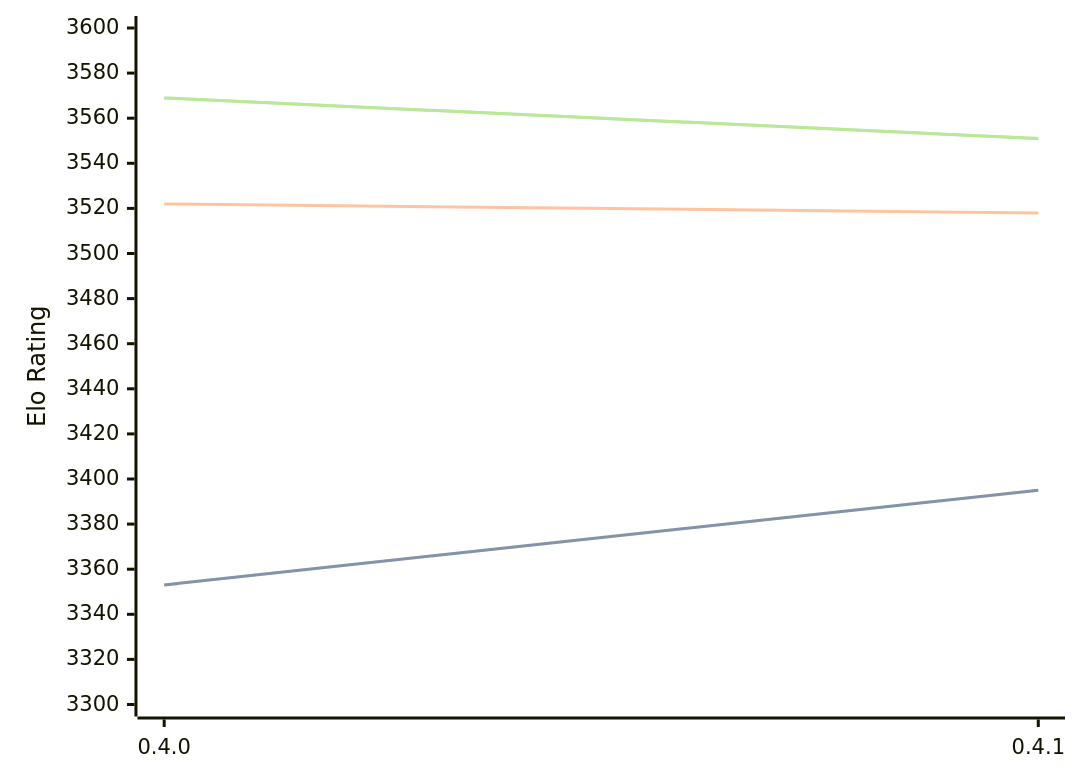
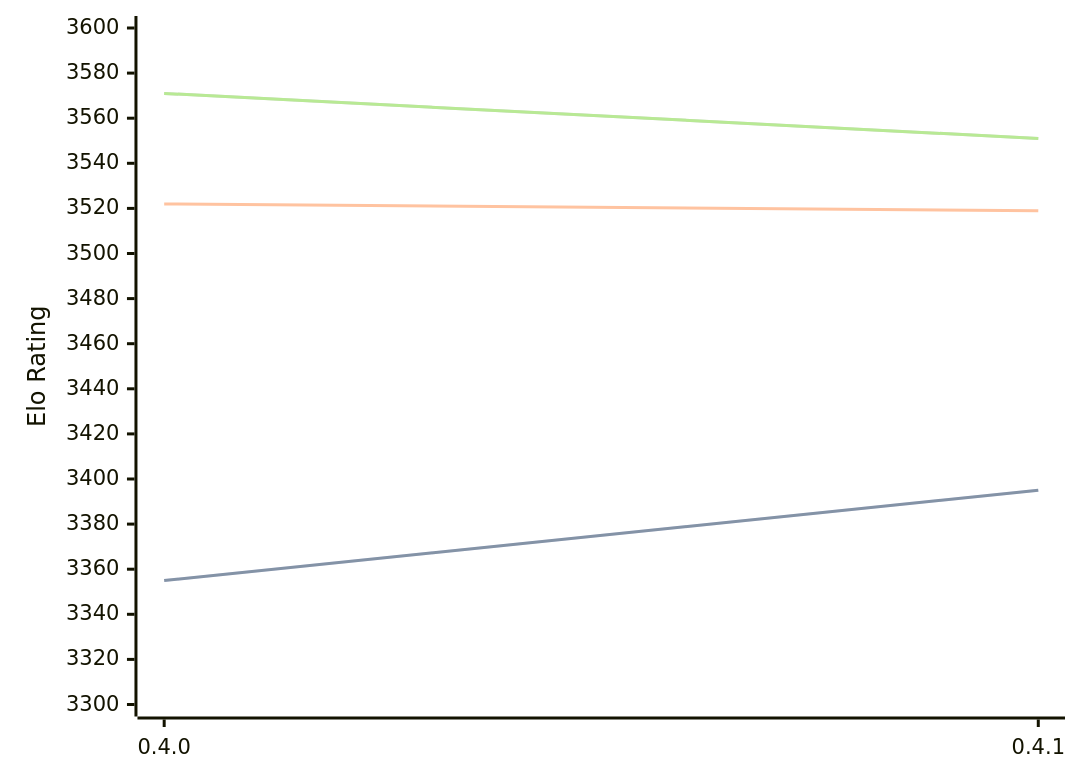
Before and after one commit to computer-chess-index/cci: the diagram in engines/Cinder.md, drawn with Mermaid. The commit also changed other lines of this file, not shown here.

Commit message:
Update CCI Ratings (ELO VLTC) - 2026-05-03

````diff
--- a/engines/Cinder.md
+++ b/engines/Cinder.md
@@ -40,11 +40,11 @@
 ```mermaid
 %%{init: {"theme":"base","themeVariables":{"seriesColors:['#a3a3a3','#222221','#faa371']}}}%%
 xychart-beta
   x-axis ["0.4.0", "0.4.1"]
   y-axis "Elo Rating" 3300 --> 3600
-  line "STC (8.0+0.08s)" [3353, 3395]
-  line "STC (8.0+0.08s)" [3353, 3395]
-  line "LTC (60.0+0.60s)" [3522, 3518]
-  line "VLTC (2m24s+1.12s)" [3569, 3551]
-  line "VLTC (2m24s+1.12s)" [3569, 3551]
+  line "STC (8.0+0.08s)" [3355, 3395]
+  line "STC (8.0+0.08s)" [3355, 3395]
+  line "LTC (60.0+0.60s)" [3522, 3519]
+  line "VLTC (2m24s+1.12s)" [3571, 3551]
+  line "VLTC (2m24s+1.12s)" [3571, 3551]
 ```
````
